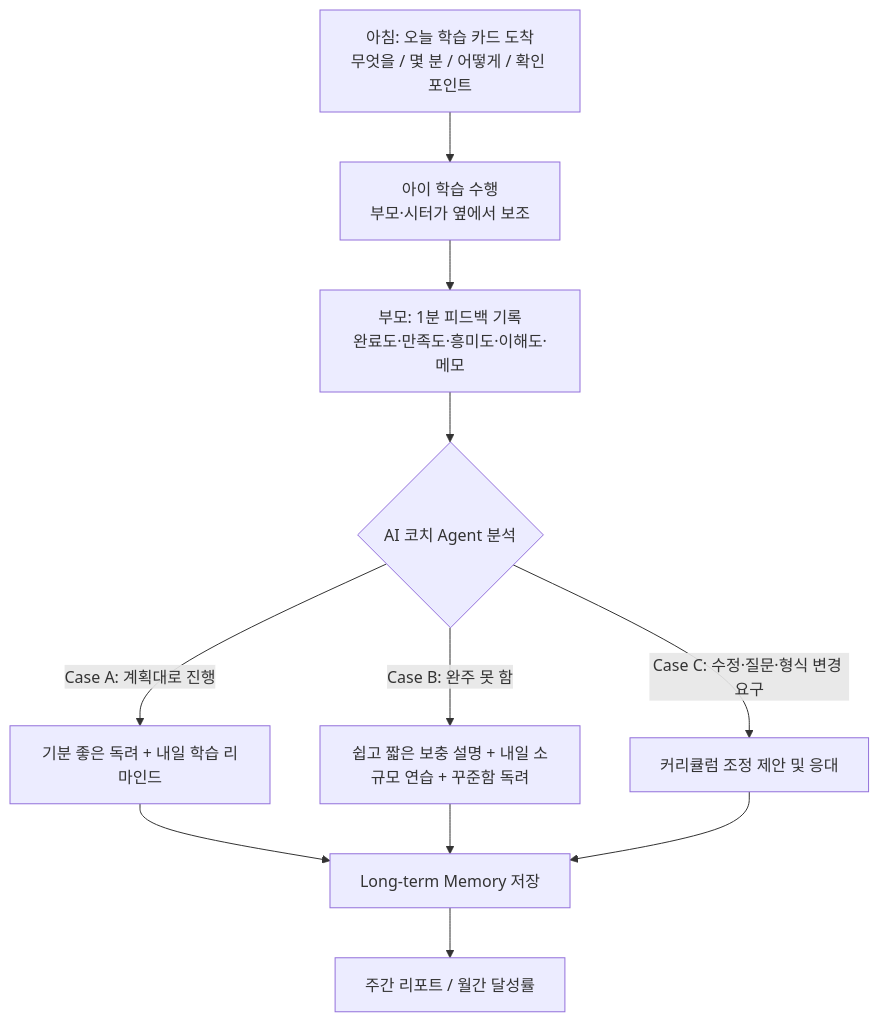
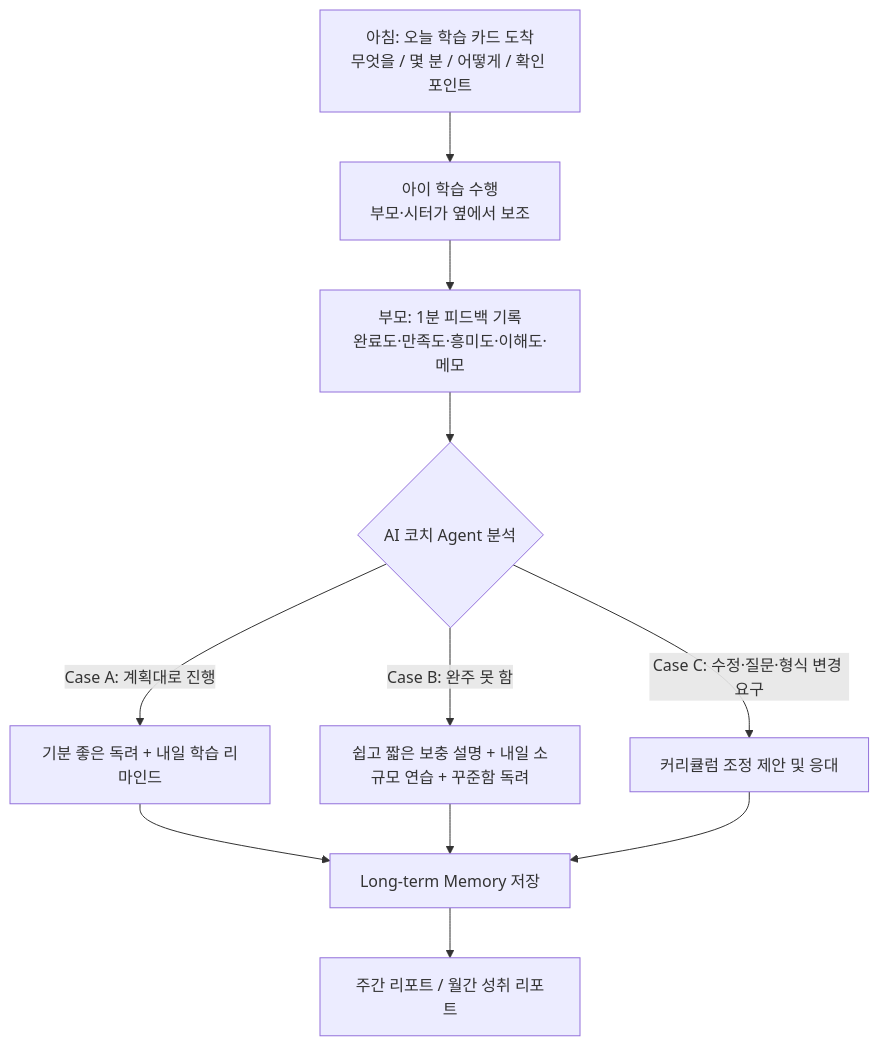
Before and after one commit to harold-llm/codyssey-native-C03_final: the first of 2 diagrams in 01-기획서.md, drawn with Mermaid. The commit also changed other lines of this file and 1 other file, not shown here.

````diff
--- a/01-기획서.md
+++ b/01-기획서.md
@@ -129,13 +129,13 @@
 ```mermaid
 flowchart TD
     A[아침: 오늘 학습 카드 도착<br/>무엇을 / 몇 분 / 어떻게 / 확인 포인트] --> B[아이 학습 수행<br/>부모·시터가 옆에서 보조]
     B --> C[부모: 1분 피드백 기록<br/>완료도·만족도·흥미도·이해도·메모]
     C --> D{AI 코치 Agent 분석}
     D -->|Case A: 계획대로 진행| E[기분 좋은 독려 + 내일 학습 리마인드]
     D -->|Case B: 완주 못 함| F[쉽고 짧은 보충 설명 + 내일 소규모 연습 + 꾸준함 독려]
     D -->|Case C: 수정·질문·형식 변경 요구| G[커리큘럼 조정 제안 및 응대]
     E --> H[Long-term Memory 저장]
     F --> H
     G --> H
-    H --> I[주간 리포트 / 월간 달성률]
+    H --> I[주간 리포트 / 월간 성취 리포트]
 ```
````
